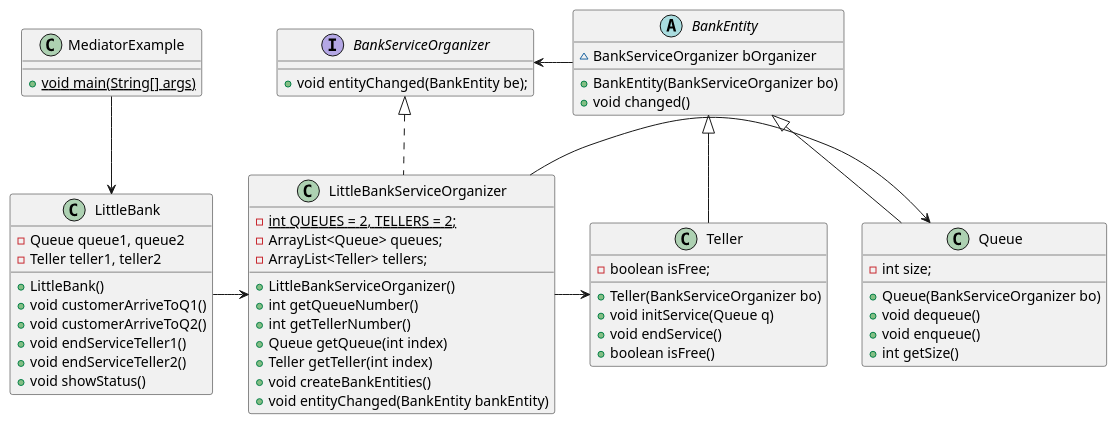
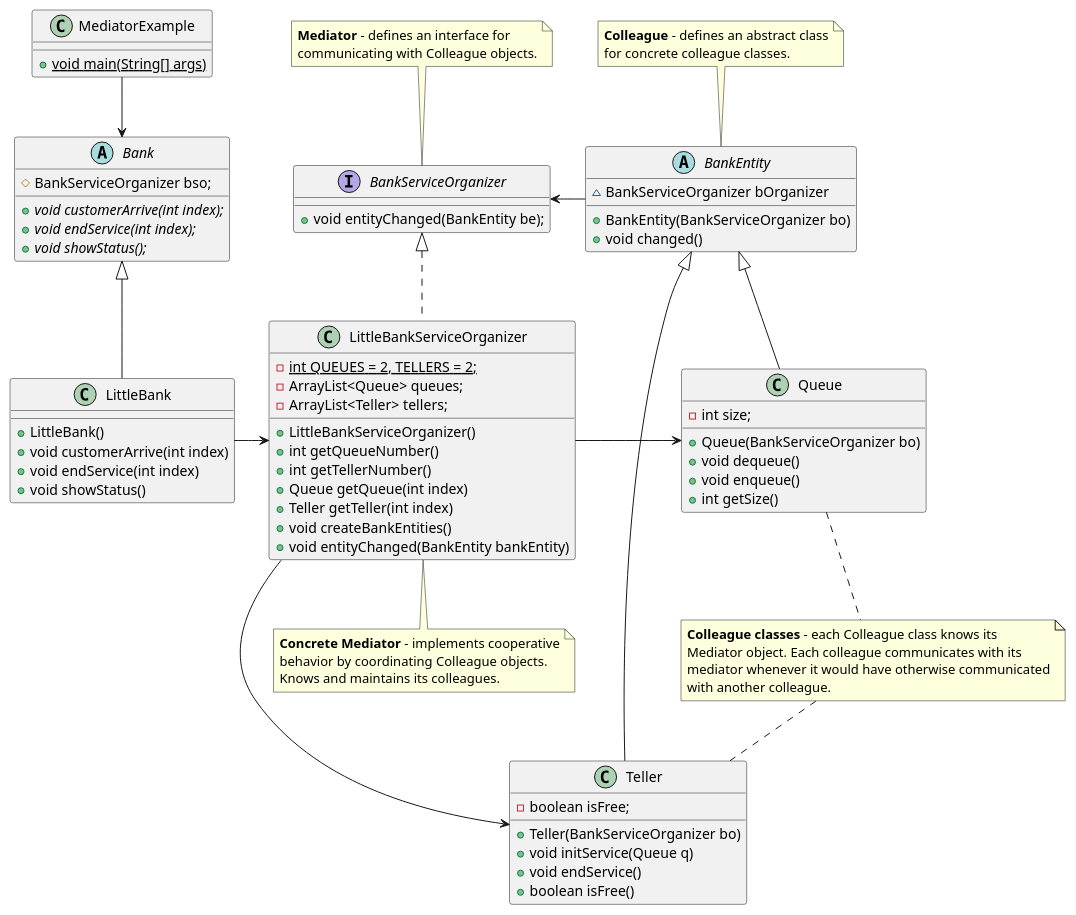
The diagram in Mediator/uml/MediatorClassDiagram.puml (BeqaKhaburdzania/FreeUni-SDP-2013-Lab-UML), drawn with PlantUML before and after one commit. The commit also changed 4 other files, not shown here.

Commit message:
Class diagram done

```diff
--- a/Mediator/uml/MediatorClassDiagram.puml
+++ b/Mediator/uml/MediatorClassDiagram.puml
@@ -1,64 +1,92 @@
 @startuml
 
 class MediatorExample {
     + {static} void main(String[] args)
 }
 
 abstract class BankEntity {
     ~ BankServiceOrganizer bOrganizer
     + BankEntity(BankServiceOrganizer bo)
     + void changed()
 }
 
 interface BankServiceOrganizer {
     + void entityChanged(BankEntity be);
 }
 
-class LittleBank {
-    - Queue queue1, queue2
-    - Teller teller1, teller2
+abstract class Bank {
+    # BankServiceOrganizer bso;
+    + {abstract} void customerArrive(int index);
+    + {abstract} void endService(int index);
+    + {abstract} void showStatus();
+}
+
+class LittleBank extends Bank {
     + LittleBank()
-    + void customerArriveToQ1()
-    + void customerArriveToQ2()
-    + void endServiceTeller1()
-    + void endServiceTeller2()
+    + void customerArrive(int index)
+    + void endService(int index)
     + void showStatus()
 }
 
 class LittleBankServiceOrganizer implements BankServiceOrganizer {
     -{static} int QUEUES = 2, TELLERS = 2;
     - ArrayList<Queue> queues;
     - ArrayList<Teller> tellers;
 
     + LittleBankServiceOrganizer()
     + int getQueueNumber()
     + int getTellerNumber()
     + Queue getQueue(int index)
     + Teller getTeller(int index)
     + void createBankEntities()
     + void entityChanged(BankEntity bankEntity)
 }
 
 class Queue extends BankEntity {
     - int size;
     + Queue(BankServiceOrganizer bo)
     + void dequeue()
     + void enqueue()
     + int getSize()
 }
 
 class Teller extends BankEntity {
     - boolean isFree;
     + Teller(BankServiceOrganizer bo)
     + void initService(Queue q)
     + void endService()
     + boolean isFree()
 }
 
-MediatorExample --> LittleBank
+MediatorExample -down-> Bank
 LittleBank -> LittleBankServiceOrganizer
 LittleBankServiceOrganizer -> Queue
 LittleBankServiceOrganizer -> Teller
-BankEntity -Left-> BankServiceOrganizer
+BankEntity --Left-> BankServiceOrganizer
+
+note top of BankServiceOrganizer
+    <b>Mediator</b> - defines an interface for
+    communicating with Colleague objects.
+end note
+
+note top of BankEntity
+    <b>Colleague</b> - defines an abstract class
+    for concrete colleague classes.
+end note
+
+note bottom of LittleBankServiceOrganizer
+    <b>Concrete Mediator</b> - implements cooperative
+    behavior by coordinating Colleague objects.
+    Knows and maintains its colleagues.
+end note
+
+note as NOTE
+<b>Colleague classes</b> - each Colleague class knows its
+Mediator object. Each colleague communicates with its
+mediator whenever it would have otherwise communicated
+with another colleague.
+end note
+Queue .. NOTE
+NOTE .. Teller
 
 @enduml
```
